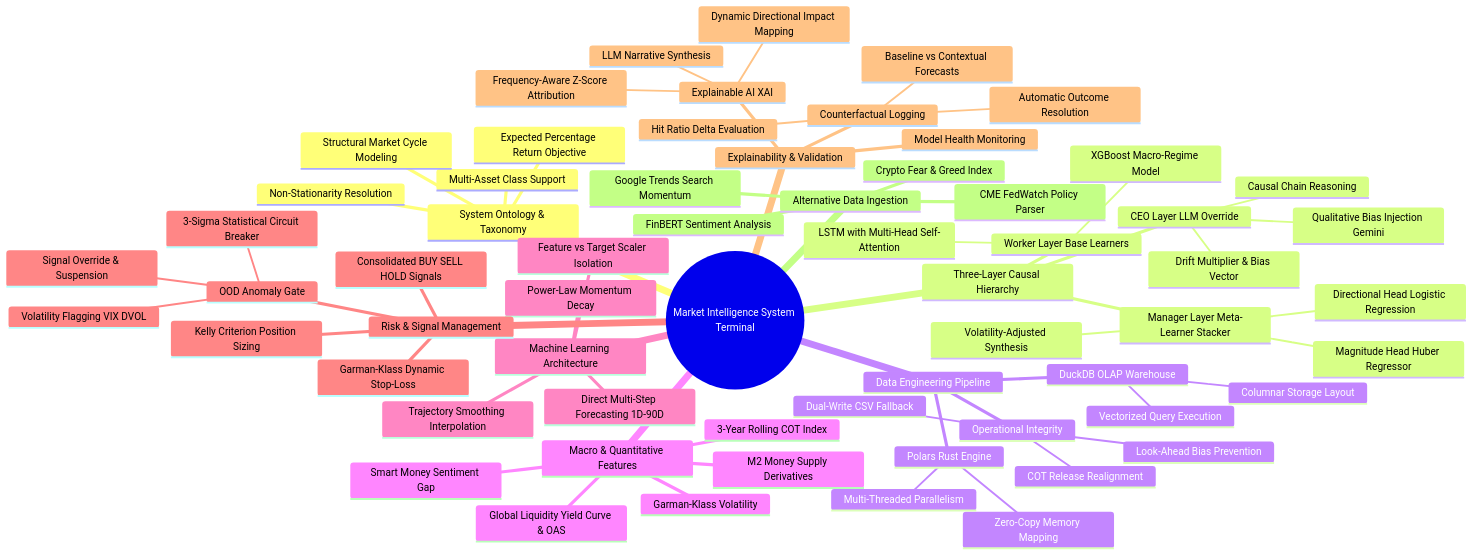
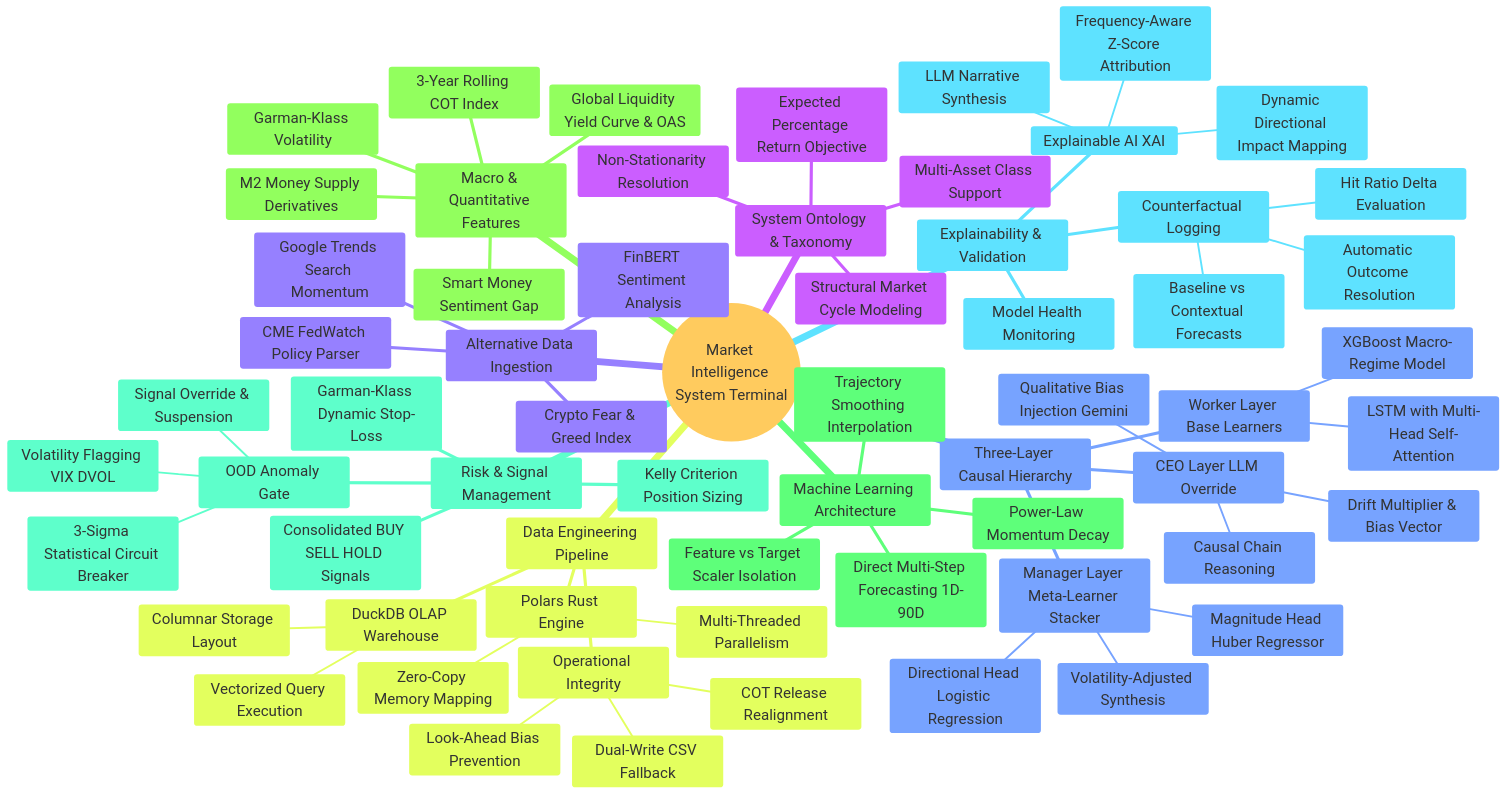
Before and after one commit to ken968/Market-Intelligence: the diagram in README.md, drawn with Mermaid.

Commit message:
Docs: Increase Mind Map font size for better readability

````diff
--- a/README.md
+++ b/README.md
@@ -84,66 +84,67 @@
 ```mermaid
+%%{init: {'theme': 'base', 'themeVariables': { 'fontSize': '24px'}}}%%
 mindmap
   root((Market Intelligence System Terminal))
     System Ontology & Taxonomy
       Multi-Asset Class Support
       Expected Percentage Return Objective
       Structural Market Cycle Modeling
       Non-Stationarity Resolution
     Three-Layer Causal Hierarchy
       Worker Layer Base Learners
         LSTM with Multi-Head Self-Attention
         XGBoost Macro-Regime Model
       Manager Layer Meta-Learner Stacker
         Directional Head Logistic Regression
         Magnitude Head Huber Regressor
         Volatility-Adjusted Synthesis
       CEO Layer LLM Override
         Qualitative Bias Injection Gemini
         Causal Chain Reasoning
         Drift Multiplier & Bias Vector
     Data Engineering Pipeline
       DuckDB OLAP Warehouse
         Columnar Storage Layout
         Vectorized Query Execution
       Polars Rust Engine
         Zero-Copy Memory Mapping
         Multi-Threaded Parallelism
       Operational Integrity
         Dual-Write CSV Fallback
         Look-Ahead Bias Prevention
         COT Release Realignment
     Macro & Quantitative Features
       Global Liquidity Yield Curve & OAS
       M2 Money Supply Derivatives
       3-Year Rolling COT Index
       Smart Money Sentiment Gap
       Garman-Klass Volatility
     Machine Learning Architecture
       Direct Multi-Step Forecasting 1D-90D
       Feature vs Target Scaler Isolation
       Trajectory Smoothing Interpolation
       Power-Law Momentum Decay
     Risk & Signal Management
       Consolidated BUY SELL HOLD Signals
       Kelly Criterion Position Sizing
       Garman-Klass Dynamic Stop-Loss
       OOD Anomaly Gate
         3-Sigma Statistical Circuit Breaker
         Signal Override & Suspension
         Volatility Flagging VIX DVOL
     Explainability & Validation
       Explainable AI XAI
         Frequency-Aware Z-Score Attribution
         Dynamic Directional Impact Mapping
         LLM Narrative Synthesis
       Counterfactual Logging
         Baseline vs Contextual Forecasts
         Automatic Outcome Resolution
         Hit Ratio Delta Evaluation
       Model Health Monitoring
     Alternative Data Ingestion
       Crypto Fear & Greed Index
       Google Trends Search Momentum
       CME FedWatch Policy Parser
       FinBERT Sentiment Analysis
 ```
````
